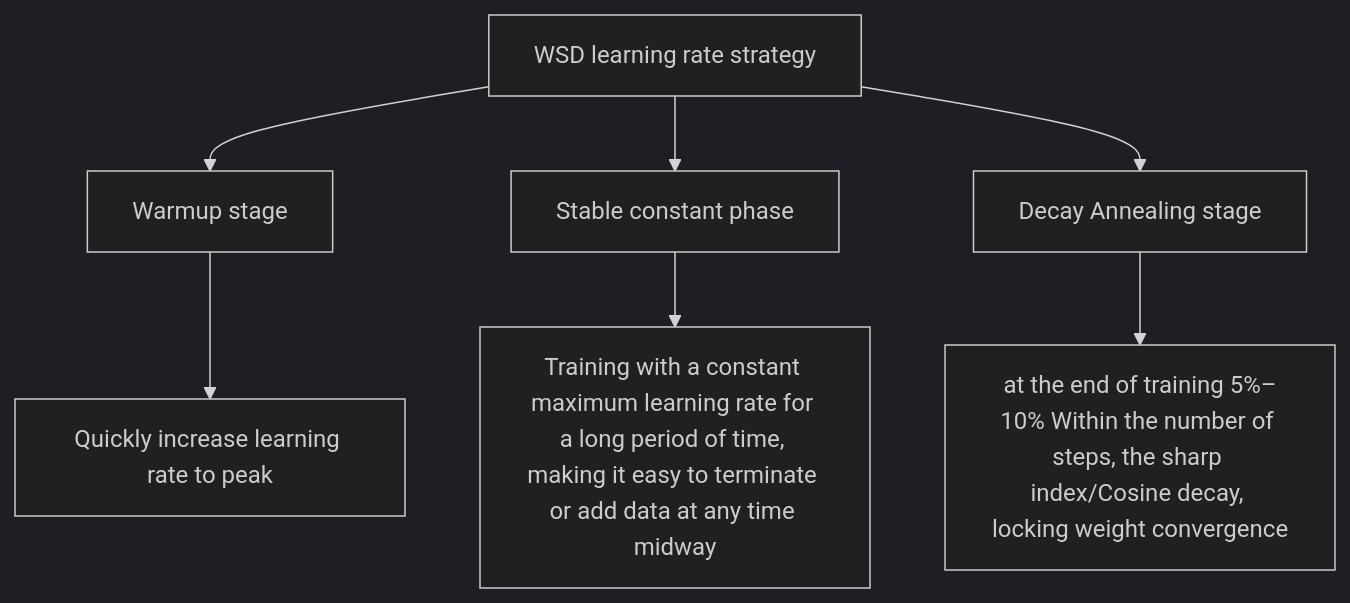
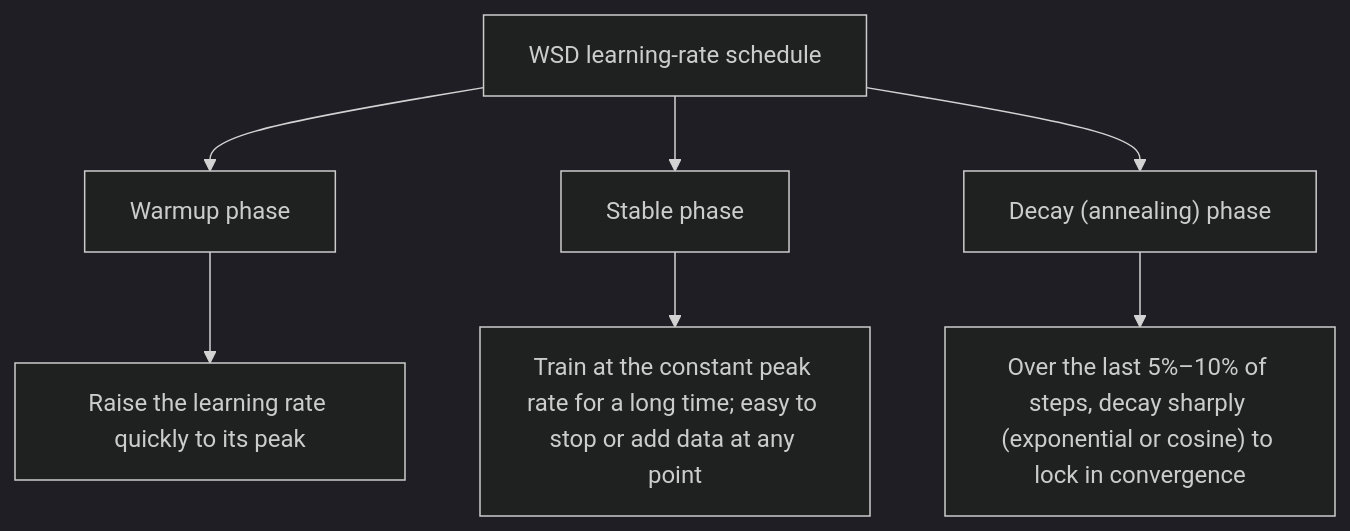
Before and after one commit to TingdeLiu/tingdeliu.github.io: diagram 17 of 29 in _translations/en/research/LLM-Training-Survey.md, drawn with Mermaid (dark theme). The commit also changed other lines of this file and 2 other files, not shown here.

First line of the commit message:
docs(llm-survey): polish English edition and add evolution timeline

````diff
--- a/_translations/en/research/LLM-Training-Survey.md
+++ b/_translations/en/research/LLM-Training-Survey.md
@@ -3023,10 +3041,10 @@
 ```mermaid
 graph TD
-    A["WSD learning rate strategy"] --> B["Warmup stage"]
-    A --> C["Stable constant phase"]
-    A --> D["Decay Annealing stage"]
+    A["WSD learning-rate schedule"] --> B["Warmup phase"]
+    A --> C["Stable phase"]
+    A --> D["Decay (annealing) phase"]
 
-    B --> B1["Quickly increase learning rate to peak"]
-    C --> C1["Training with a constant maximum learning rate for a long period of time, making it easy to terminate or add data at any time midway"]
-    D --> D1["at the end of training 5%–10% Within the number of steps, the sharp index/Cosine decay, locking weight convergence"]
+    B --> B1["Raise the learning rate quickly to its peak"]
+    C --> C1["Train at the constant peak rate for a long time; easy to stop or add data at any point"]
+    D --> D1["Over the last 5%–10% of steps, decay sharply (exponential or cosine) to lock in convergence"]
 ```
````
